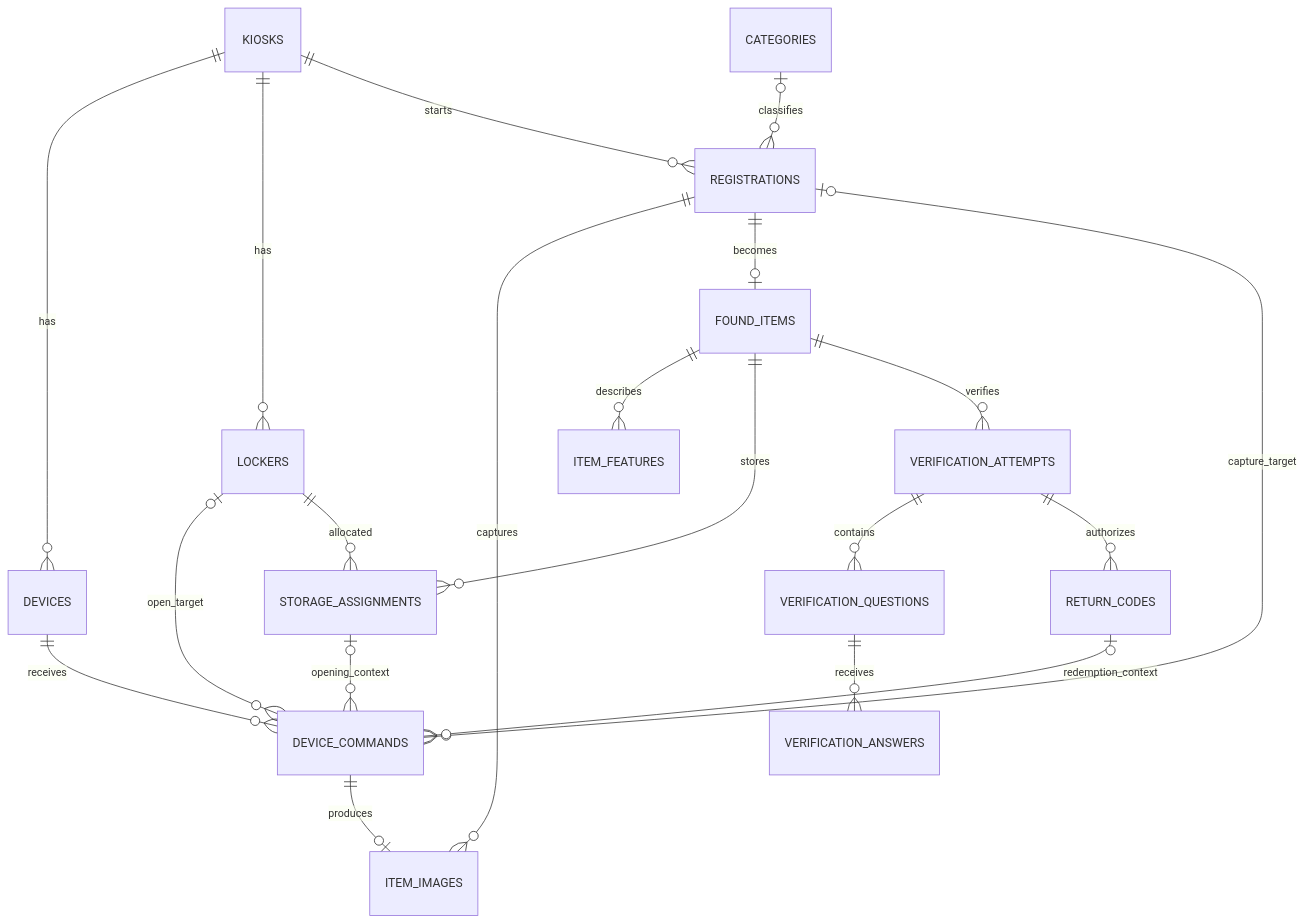
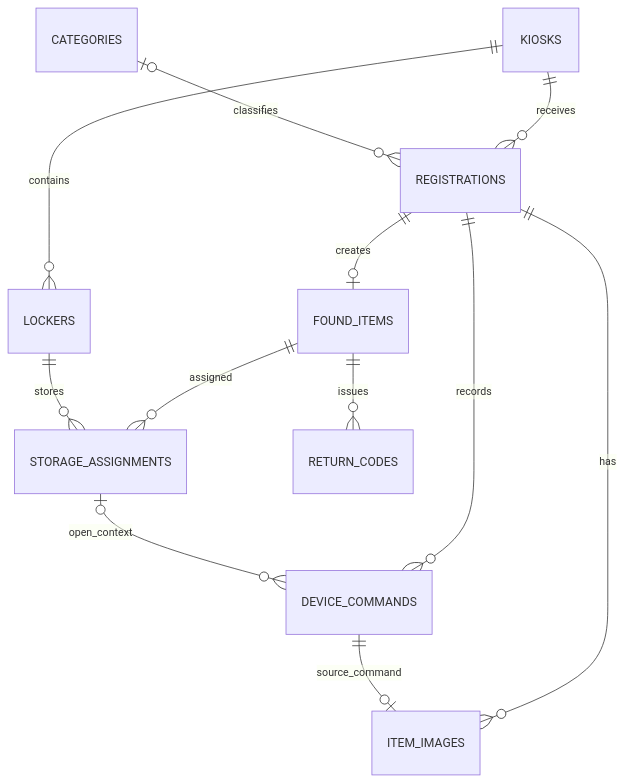
One commit to CloudAIoT/smart-lost-found changed the diagram in backend/docs/erd.md. Above: the diagram before and after it, drawn with Mermaid. The commit also changed other lines of this file and 14 other files, not shown here.

````diff
--- a/backend/docs/erd.md
+++ b/backend/docs/erd.md
@@ -34,22 +25,14 @@
 ```mermaid
 erDiagram
-    KIOSKS ||--o{ DEVICES : has
-    KIOSKS ||--o{ LOCKERS : has
-    KIOSKS ||--o{ REGISTRATIONS : starts
+    KIOSKS ||--o{ LOCKERS : contains
+    KIOSKS ||--o{ REGISTRATIONS : receives
     CATEGORIES o|--o{ REGISTRATIONS : classifies
-    REGISTRATIONS ||--o{ ITEM_IMAGES : captures
-    REGISTRATIONS ||--o| FOUND_ITEMS : becomes
-    DEVICES ||--o{ DEVICE_COMMANDS : receives
-    REGISTRATIONS o|--o{ DEVICE_COMMANDS : capture_target
-    LOCKERS o|--o{ DEVICE_COMMANDS : open_target
-    DEVICE_COMMANDS ||--o| ITEM_IMAGES : produces
-    FOUND_ITEMS ||--o{ ITEM_FEATURES : describes
-    FOUND_ITEMS ||--o{ STORAGE_ASSIGNMENTS : stores
-    LOCKERS ||--o{ STORAGE_ASSIGNMENTS : allocated
-    STORAGE_ASSIGNMENTS o|--o{ DEVICE_COMMANDS : opening_context
-    FOUND_ITEMS ||--o{ VERIFICATION_ATTEMPTS : verifies
-    VERIFICATION_ATTEMPTS ||--o{ VERIFICATION_QUESTIONS : contains
-    VERIFICATION_QUESTIONS ||--o{ VERIFICATION_ANSWERS : receives
-    VERIFICATION_ATTEMPTS ||--o{ RETURN_CODES : authorizes
-    RETURN_CODES o|--o{ DEVICE_COMMANDS : redemption_context
+    REGISTRATIONS ||--o{ ITEM_IMAGES : has
+    REGISTRATIONS ||--o{ DEVICE_COMMANDS : records
+    REGISTRATIONS ||--o| FOUND_ITEMS : creates
+    FOUND_ITEMS ||--o{ STORAGE_ASSIGNMENTS : assigned
+    LOCKERS ||--o{ STORAGE_ASSIGNMENTS : stores
+    STORAGE_ASSIGNMENTS o|--o{ DEVICE_COMMANDS : open_context
+    DEVICE_COMMANDS ||--o| ITEM_IMAGES : source_command
+    FOUND_ITEMS ||--o{ RETURN_CODES : issues
 ```
````
